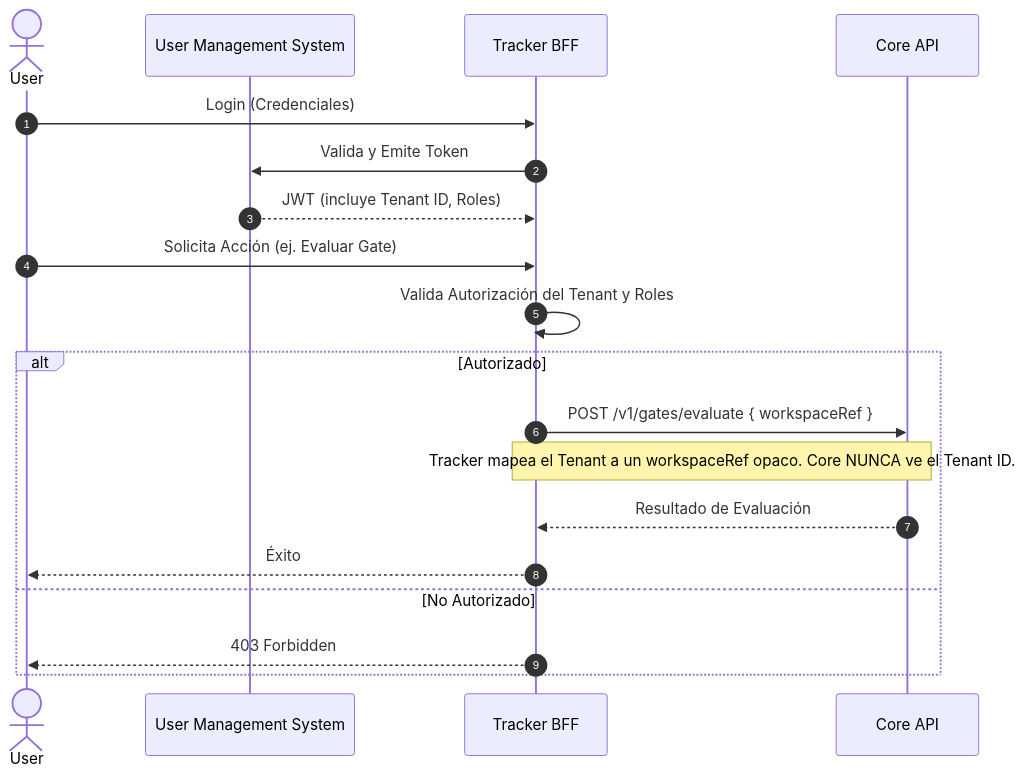
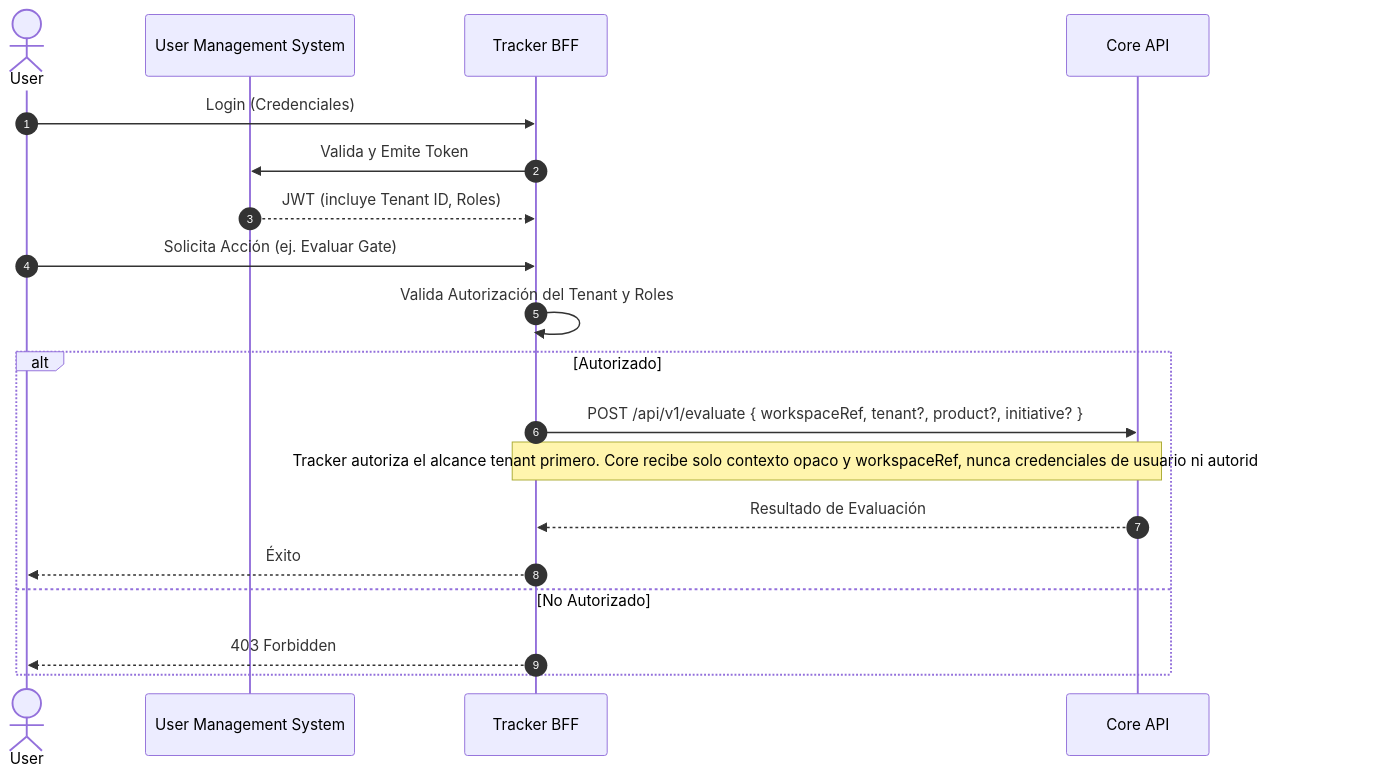
The diagram in reference/architecture/views/view-by-tenant.es.md (beyondnetcode/evolith_arch32), drawn with Mermaid before and after one commit. The commit also changed other lines of this file and 41 other files, not shown here.

Commit message:
docs: align architecture reference with implementation

````diff
--- a/reference/architecture/views/view-by-tenant.es.md
+++ b/reference/architecture/views/view-by-tenant.es.md
@@ -16,24 +16,24 @@
 ```mermaid
 sequenceDiagram
     autonumber
     actor User
     participant UMS as User Management System
     participant Tracker as Tracker BFF
     participant Core as Core API
 
     User->>Tracker: Login (Credenciales)
     Tracker->>UMS: Valida y Emite Token
     UMS-->>Tracker: JWT (incluye Tenant ID, Roles)
     
     User->>Tracker: Solicita Acción (ej. Evaluar Gate)
     Tracker->>Tracker: Valida Autorización del Tenant y Roles
     
     alt Autorizado
-        Tracker->>Core: POST /v1/gates/evaluate { workspaceRef }
-        Note over Tracker, Core: Tracker mapea el Tenant a un workspaceRef opaco. Core NUNCA ve el Tenant ID.
+        Tracker->>Core: POST /api/v1/evaluate { workspaceRef, tenant?, product?, initiative? }
+        Note over Tracker, Core: Tracker autoriza el alcance tenant primero. Core recibe solo contexto opaco y workspaceRef, nunca credenciales de usuario ni autoridad de ownership.
         Core-->>Tracker: Resultado de Evaluación
         Tracker-->>User: Éxito
     else No Autorizado
         Tracker-->>User: 403 Forbidden
     end
 ```
````
